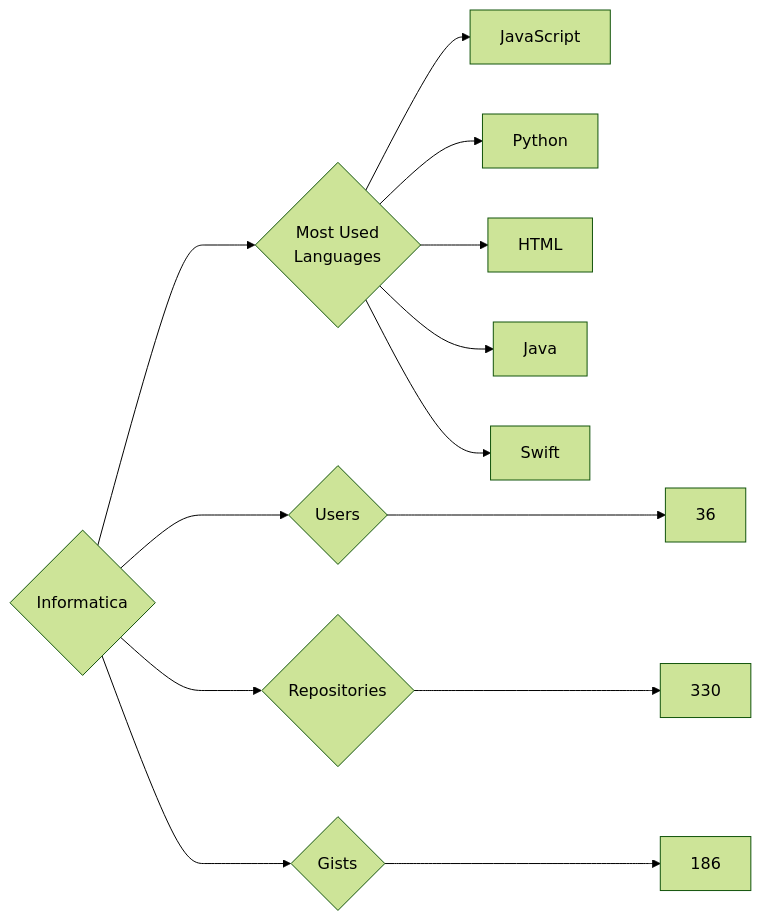
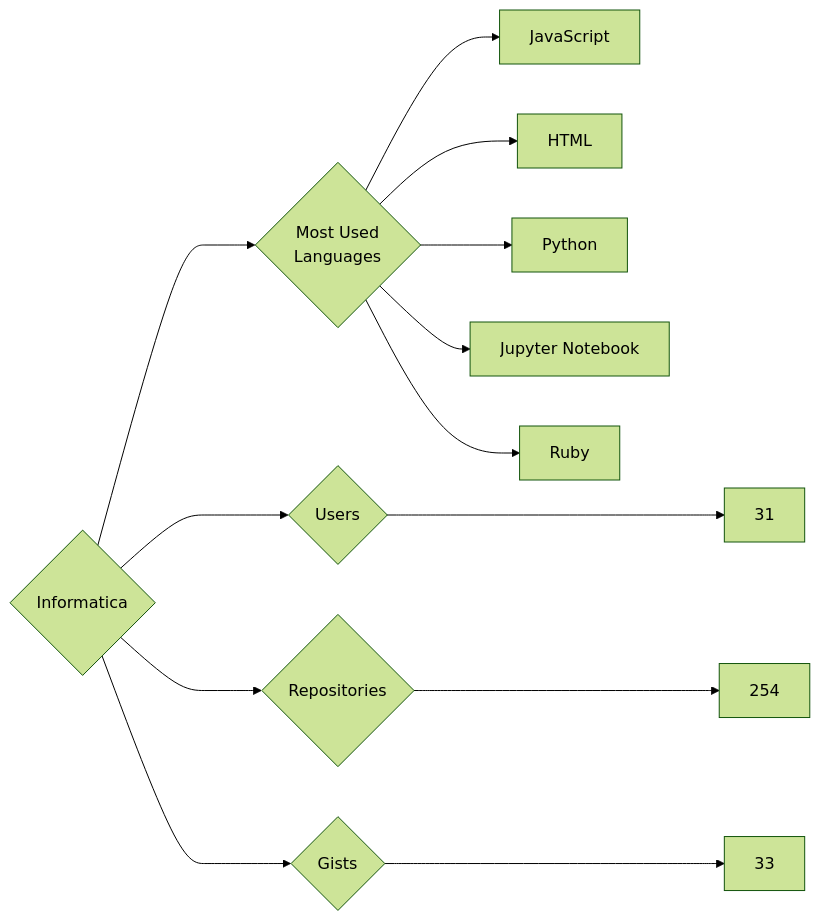
One commit to trickest/insiders changed the diagram in targets/Informatica/README.md. Above: the diagram before and after it, drawn with Mermaid (forest theme). The commit also changed 752 other files, not shown here.

````diff
--- a/targets/Informatica/README.md
+++ b/targets/Informatica/README.md
@@ -3,13 +3,13 @@
 ```mermaid
 graph LR
 COMPANY_NAME{Informatica}
-COMPANY_NAME ---> U{Users} ---> UN[36]
-COMPANY_NAME ---> R{Repositories} ---> RN[330]
-COMPANY_NAME ---> G{Gists} ---> GN[186]
+COMPANY_NAME ---> U{Users} ---> UN[31]
+COMPANY_NAME ---> R{Repositories} ---> RN[254]
+COMPANY_NAME ---> G{Gists} ---> GN[33]
 COMPANY_NAME ---> ML{Most Used<br>Languages}
 ML --> JavaScript[JavaScript]
+ML --> HTML[HTML]
 ML --> Python[Python]
-ML --> HTML[HTML]
-ML --> Java[Java]
-ML --> Swift[Swift]
+ML --> Jupyter_Notebook[Jupyter Notebook]
+ML --> Ruby[Ruby]
 ```
````
